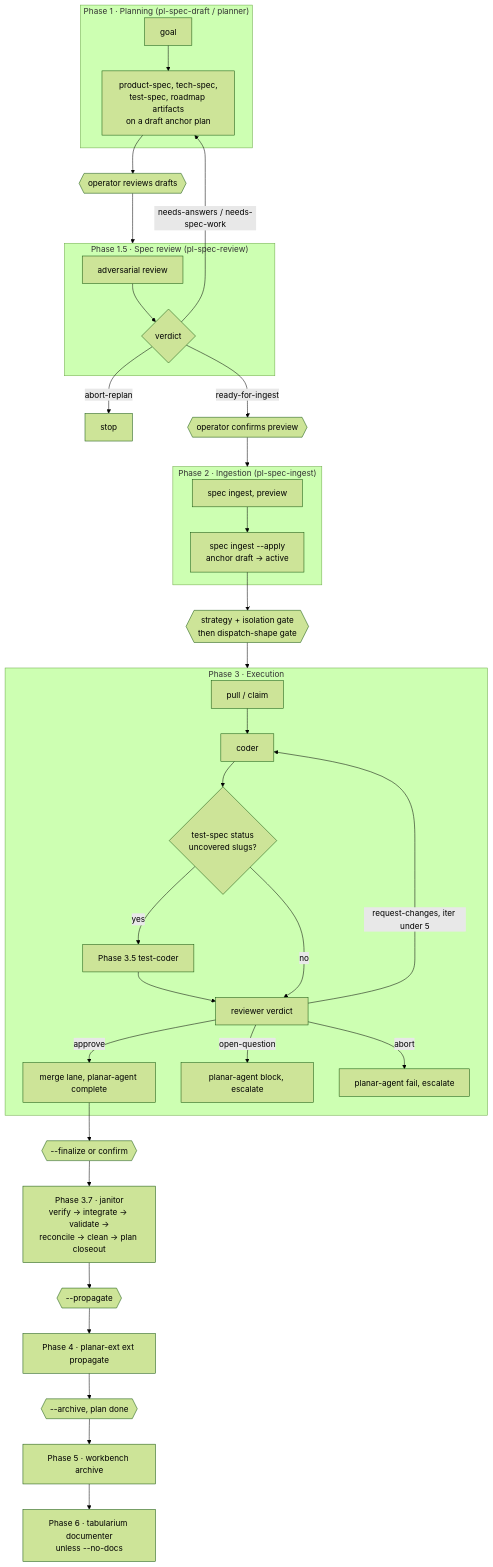
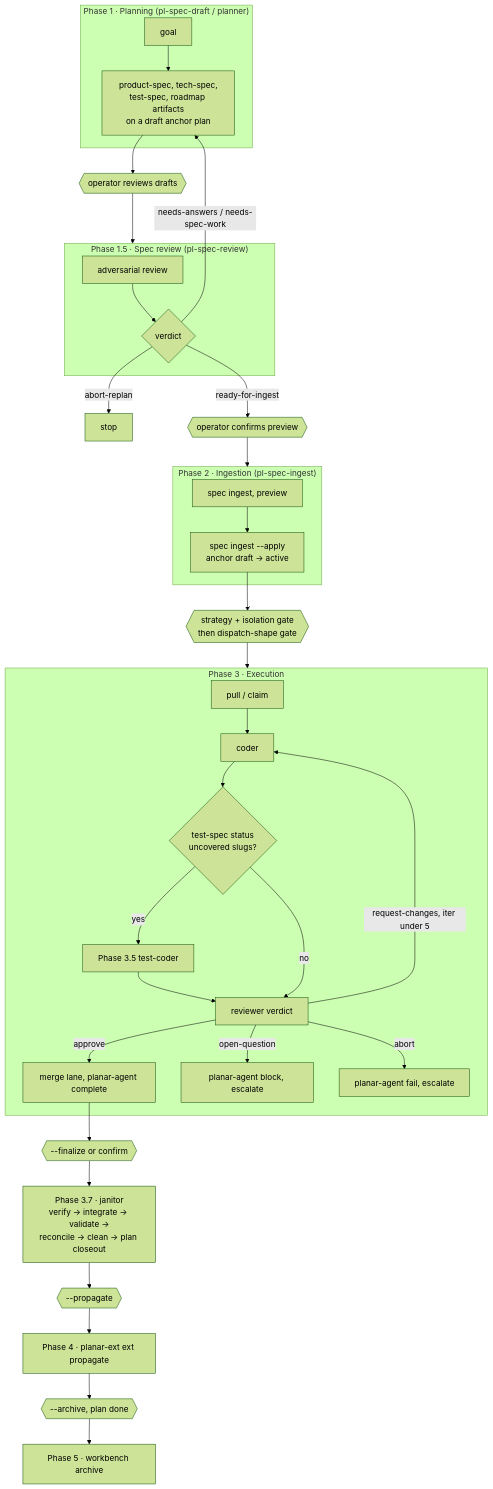
Diagram 19 of 30 in docs/lifecycles.md (rdrsss/planar), drawn with Mermaid (forest theme) before and after one commit. The commit also changed other lines of this file and 43 other files, not shown here.

First line of the commit message:
chore: remove tabularium references and the documentation phase

````diff
--- a/docs/lifecycles.md
+++ b/docs/lifecycles.md
@@ -591,36 +591,35 @@
 ```mermaid
 flowchart TD
     subgraph P1["Phase 1 · Planning (pl-spec-draft / planner)"]
         A1[goal] --> A2[product-spec, tech-spec,<br/>test-spec, roadmap artifacts<br/>on a draft anchor plan]
     end
     A2 --> G1{{operator reviews drafts}}
     G1 --> P15
     subgraph P15["Phase 1.5 · Spec review (pl-spec-review)"]
         B1[adversarial review] --> B2{verdict}
     end
     B2 -->|needs-answers / needs-spec-work| A2
     B2 -->|abort-replan| STOP1[stop]
     B2 -->|ready-for-ingest| G2{{operator confirms preview}}
     G2 --> P2
     subgraph P2["Phase 2 · Ingestion (pl-spec-ingest)"]
         C1[spec ingest, preview] --> C2[spec ingest --apply<br/>anchor draft → active]
     end
     C2 --> G3{{strategy + isolation gate<br/>then dispatch-shape gate}}
     G3 --> P3
     subgraph P3["Phase 3 · Execution"]
         D1[pull / claim] --> D2[coder] --> D25{test-spec status<br/>uncovered slugs?}
         D25 -->|yes| D3[Phase 3.5 test-coder] --> D4
         D25 -->|no| D4[reviewer verdict]
         D4 -->|request-changes, iter under 5| D2
         D4 -->|approve| D5[merge lane, planar-agent complete]
         D4 -->|open-question| D6[planar-agent block, escalate]
         D4 -->|abort| D7[planar-agent fail, escalate]
     end
     D5 --> G4{{--finalize or confirm}}
     G4 --> P37[Phase 3.7 · janitor<br/>verify → integrate → validate →<br/>reconcile → clean → plan closeout]
     P37 --> G5{{--propagate}}
     G5 --> P4[Phase 4 · planar-ext ext propagate]
     P4 --> G6{{--archive, plan done}}
     G6 --> P5[Phase 5 · workbench archive]
-    P5 --> P6[Phase 6 · tabularium documenter<br/>unless --no-docs]
 ```
````
